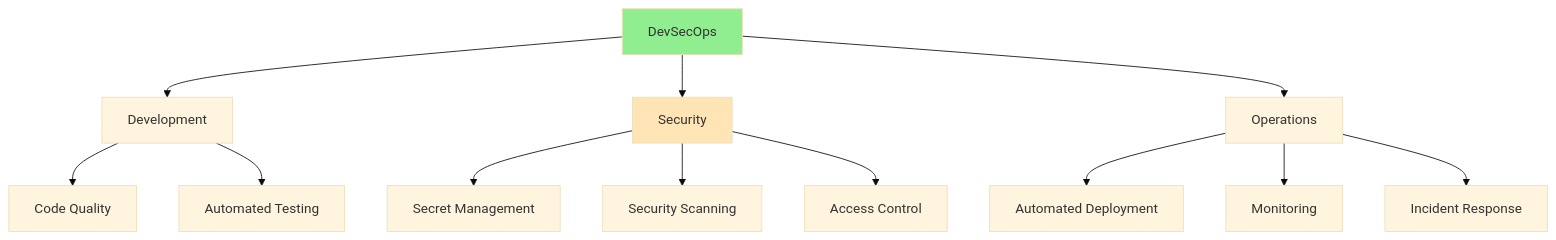
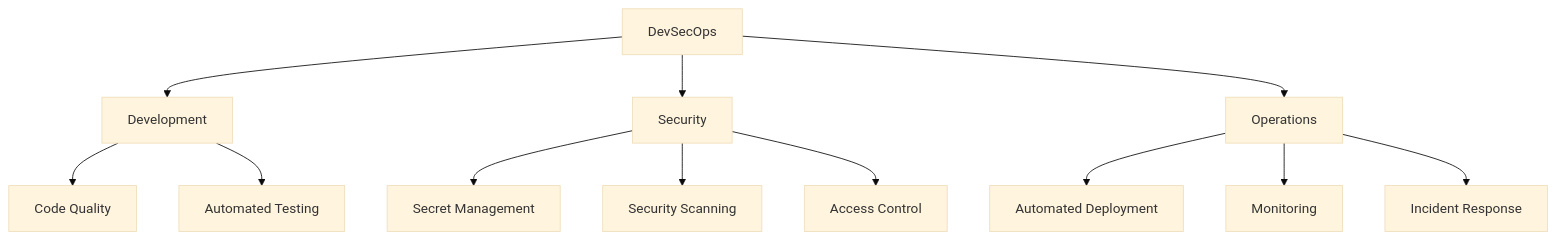
The second of 11 diagrams in docs/projects/conduit-deployment.md (4gh0rn/dev-blog), drawn with Mermaid (base theme) before and after one commit. The commit also changed other lines of this file and 17 other files, not shown here.

````diff
--- a/docs/projects/conduit-deployment.md
+++ b/docs/projects/conduit-deployment.md
@@ -80,20 +77,17 @@
 ```mermaid
 graph TB
     A[DevSecOps] --> B[Development]
     A --> C[Security]
     A --> D[Operations]
     
     B --> B1[Code Quality]
     B --> B2[Automated Testing]
     
     C --> C1[Secret Management]
     C --> C2[Security Scanning]
     C --> C3[Access Control]
     
     D --> D1[Automated Deployment]
     D --> D2[Monitoring]
     D --> D3[Incident Response]
-    
-    style A fill:#90EE90
-    style C fill:#FFE4B5
 ```
````
